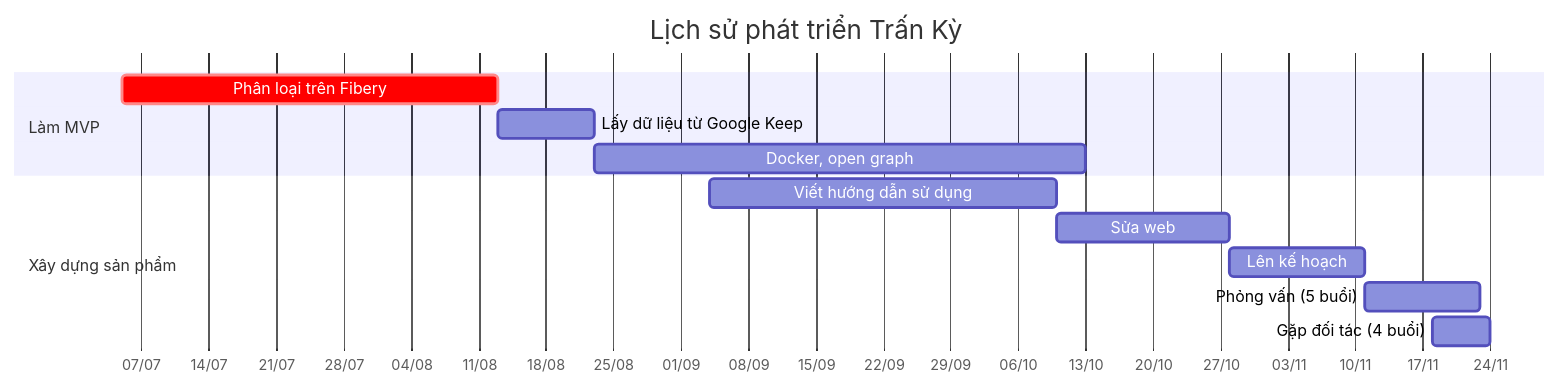
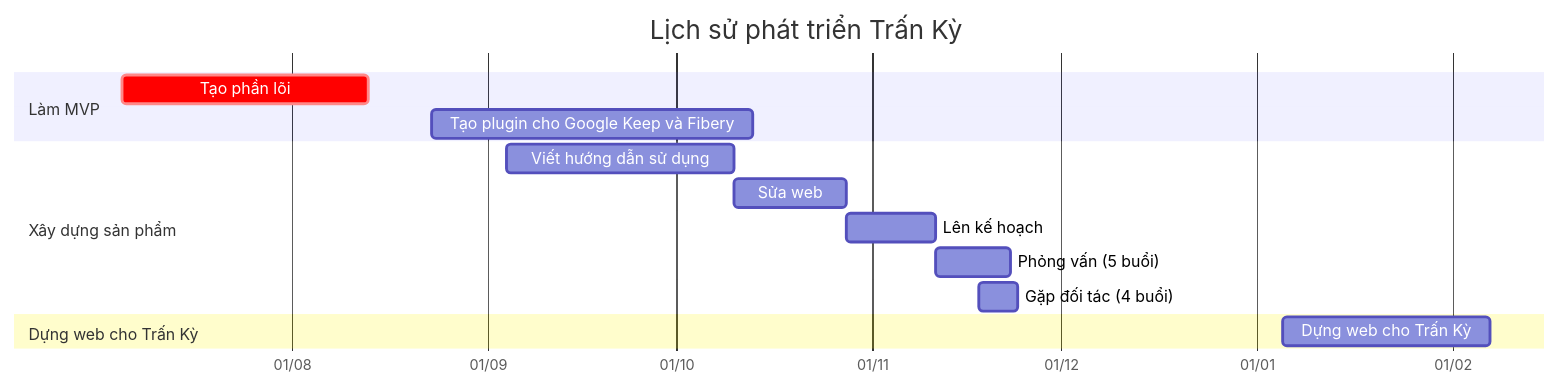
One commit to QuaCau-TheSphere/OPT-web-netlify changed the diagram in docs/📐 Dự án/Trấn Kỳ/4 Thành phẩm/Quỹ/Điều nhà đầu tư quan tâm và điều muốn nhà đầu tư quan tâm.md. Above: the diagram before and after it, drawn with Mermaid. The commit also changed other lines of this file and 152 other files, not shown here.

````diff
--- a/docs/📐 Dự án/Trấn Kỳ/4 Thành phẩm/Quỹ/Điều nhà đầu tư quan tâm và điều muốn nhà đầu tư quan tâm.md
+++ b/docs/📐 Dự án/Trấn Kỳ/4 Thành phẩm/Quỹ/Điều nhà đầu tư quan tâm và điều muốn nhà đầu tư quan tâm.md
@@ -23,18 +45,20 @@
 ```mermaid
 gantt
-dateFormat  D/M
+dateFormat  D/M/YY
 axisFormat  %d/%m
 title       Lịch sử phát triển Trấn Kỳ
 
 section Làm MVP
-Phân loại trên Fibery                 : crit, 5/7, 13/8
-Lấy dữ liệu từ Google Keep: 23/8
-Docker, open graph: 23/8, 13/10
+Tạo phần lõi                 : crit, 5/7/23, 13/8/23
+Tạo plugin cho Google Keep và Fibery: 23/8/23, 13/10/23
 
 section Xây dựng sản phẩm
-Viết hướng dẫn sử dụng: 4/9, 10/10
-Sửa web: 28/10
-Lên kế hoạch: 11/11
-Phỏng vấn (5 buổi): 11/11, 23/11
-Gặp đối tác (4 buổi): 18/11, 24/11
+Viết hướng dẫn sử dụng: 4/9/23, 10/10/23
+Sửa web: 28/10/23
+Lên kế hoạch: 11/11/23
+Phỏng vấn (5 buổi): 11/11/23, 23/11/23
+Gặp đối tác (4 buổi): 18/11/23, 24/11/23
+
+section Dựng web cho Trấn Kỳ
+Dựng web cho Trấn Kỳ: 5/1/24, 7/2/24
 ```
````
